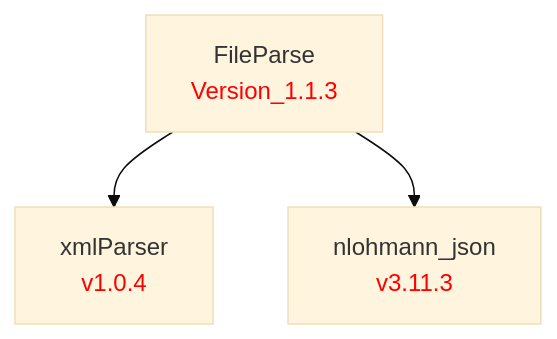
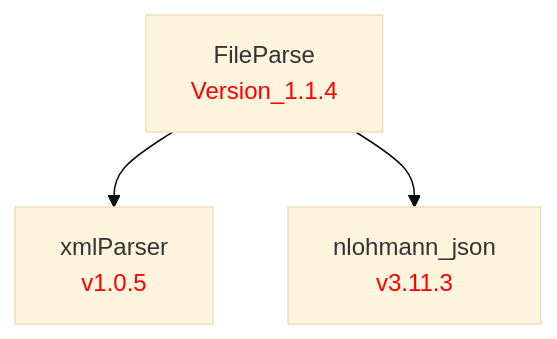
Before and after one commit to LBNL-ETA/FileParse: the diagram in doc/FileParse.md, drawn with Mermaid (base theme). The commit also changed 4 other files, not shown here.

First line of the commit message:
Add CMake presets, bump xmlParser to v1.0.5, version 1.1.4

````diff
--- a/doc/FileParse.md
+++ b/doc/FileParse.md
@@ -1,11 +1,11 @@
 ```mermaid
 graph TD
     %% Package definitions
-    xmlParser[xmlParser<br/><font color='red'>v1.0.4</font>]
+    xmlParser[xmlParser<br/><font color='red'>v1.0.5</font>]
     nlohmann_json[nlohmann_json<br/><font color='red'>v3.11.3</font>]
-    FileParse[FileParse<br/><font color='red'>Version_1.1.3</font>]
+    FileParse[FileParse<br/><font color='red'>Version_1.1.4</font>]
 
     %% Package relations
     FileParse --> xmlParser
     FileParse --> nlohmann_json
 ```
````
